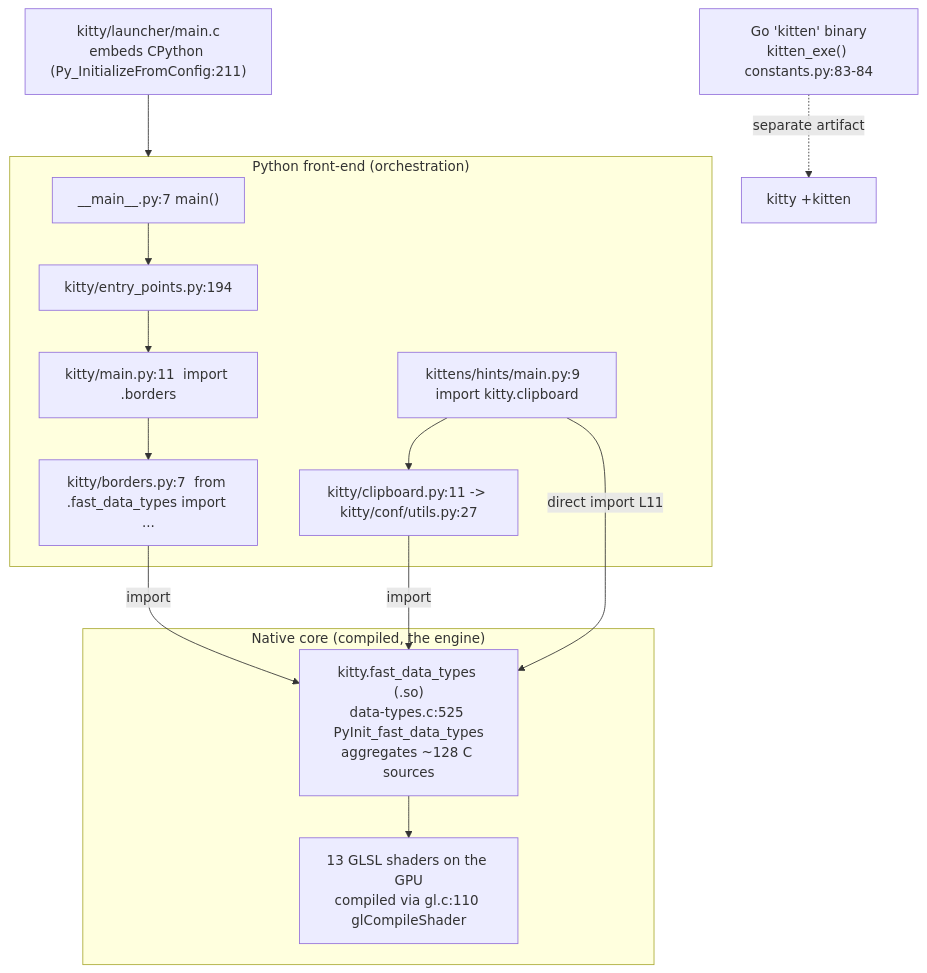
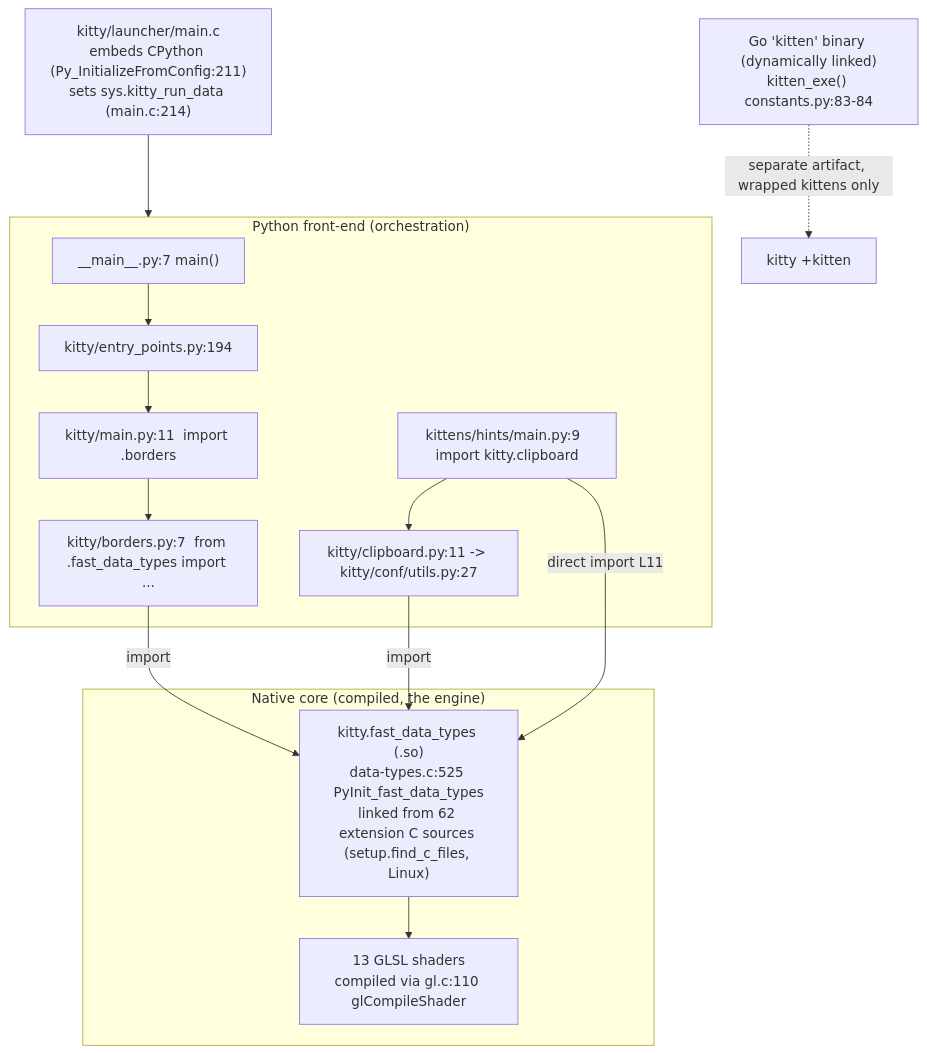
Before and after one commit to blitzy-research/kitty: the diagram in blitzy/documentation/kitty_815df1e210e0.md, drawn with Mermaid. The commit also changed other lines of this file, not shown here.

First line of the commit message:
docs(kitty): resolve 18 code-review findings in architecture Q&A

````diff
--- a/blitzy/documentation/kitty_815df1e210e0.md
+++ b/blitzy/documentation/kitty_815df1e210e0.md
@@ -105,20 +143,21 @@
 ```mermaid
 graph TD
     subgraph PY["Python front-end (orchestration)"]
         M["__main__.py:7  main()"] --> EP["kitty/entry_points.py:194"]
         EP --> MAIN["kitty/main.py:11  import .borders"]
         MAIN --> B["kitty/borders.py:7  from .fast_data_types import ..."]
         K["kittens/hints/main.py:9  import kitty.clipboard"] --> CL["kitty/clipboard.py:11 -> kitty/conf/utils.py:27"]
     end
     subgraph NATIVE["Native core (compiled, the engine)"]
-        FDT["kitty.fast_data_types (.so)\ndata-types.c:525 PyInit_fast_data_types\naggregates ~128 C sources"]
-        GLSL["13 GLSL shaders on the GPU\ncompiled via gl.c:110 glCompileShader"]
+        FDT["kitty.fast_data_types (.so)\ndata-types.c:525 PyInit_fast_data_types\nlinked from 62 extension C sources (setup.find_c_files, Linux)"]
+        GLSL["13 GLSL shaders\ncompiled via gl.c:110 glCompileShader"]
     end
     B -->|import| FDT
     CL -->|import| FDT
     K -->|direct import L11| FDT
     FDT --> GLSL
-    LAUNCH["kitty/launcher/main.c\nembeds CPython (Py_InitializeFromConfig:211)"] --> PY
-    GO["Go 'kitten' binary\nkitten_exe() constants.py:83-84"] -. separate artifact .-> KITTENRUN["kitty +kitten <name>"]
+    LAUNCH["kitty/launcher/main.c\nembeds CPython (Py_InitializeFromConfig:211)\nsets sys.kitty_run_data (main.c:214)"] --> PY
+    GO["Go 'kitten' binary (dynamically linked)\nkitten_exe() constants.py:83-84"] -. separate artifact, wrapped kittens only .-> KITTENRUN["kitty +kitten <name>"]
 %% In an unbuilt tree FDT is absent, so every import edge into it raises ModuleNotFoundError.
+%% After building, a bare 'python3 __main__.py' still needs sys.kitty_run_data, set only by the launcher.
 ```
````
